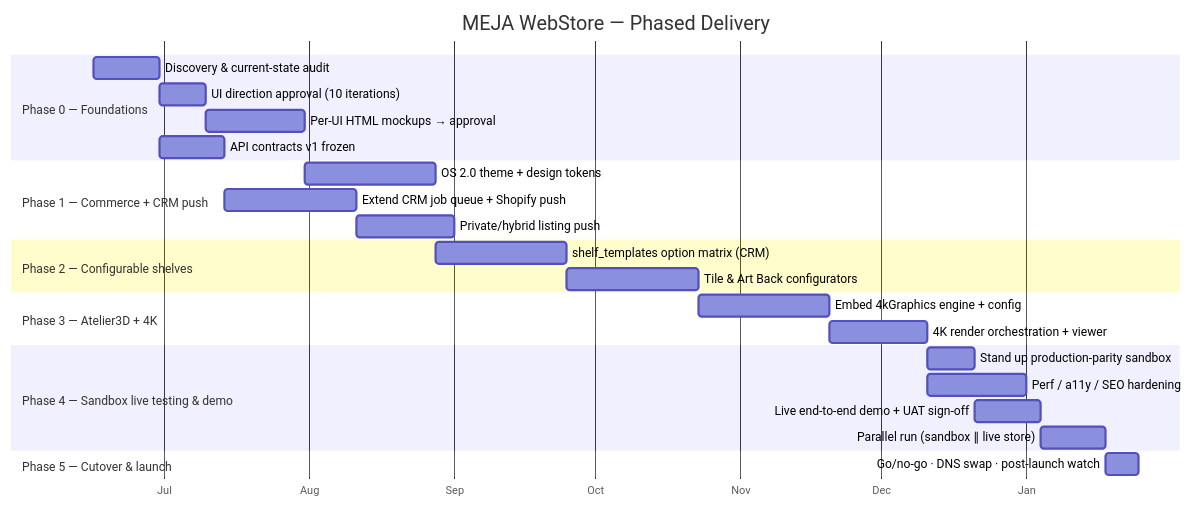
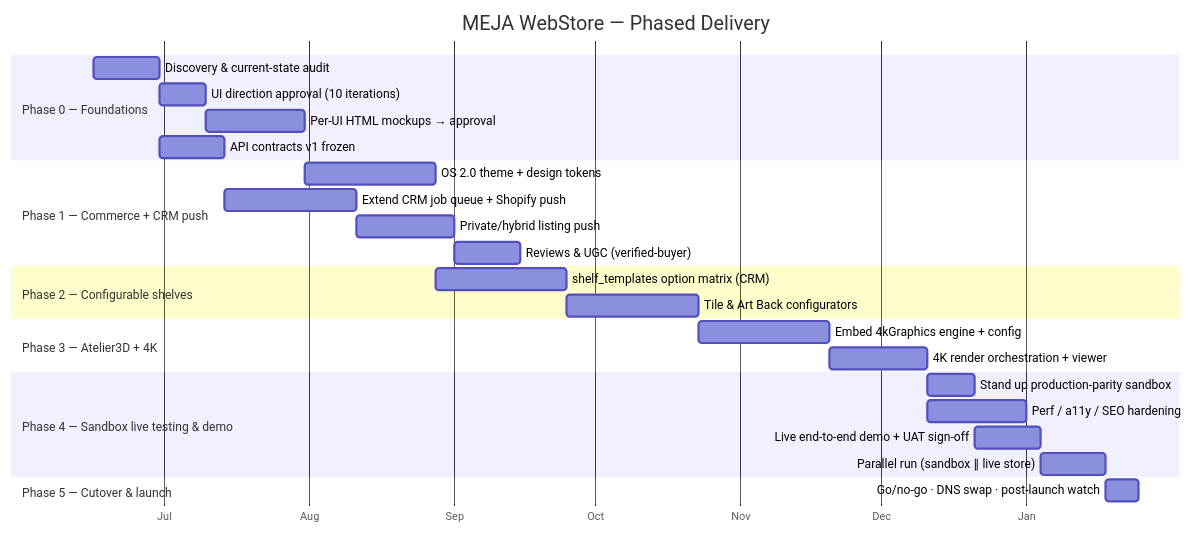
One commit to jfsgi/MEJA-ShopifyStore changed the seventh of 7 diagrams in docs/01-Master-Plan.md. Above: the diagram before and after it, drawn with Mermaid. The commit also changed other lines of this file and 7 other files, not shown here.

First line of the commit message:
Add customer reviews / UGC across the plan docs

````diff
--- a/docs/01-Master-Plan.md
+++ b/docs/01-Master-Plan.md
@@ -392,28 +409,29 @@
 ```mermaid
 gantt
     title MEJA WebStore — Phased Delivery
     dateFormat YYYY-MM-DD
     axisFormat %b
     section Phase 0 — Foundations
     Discovery & current-state audit      :p0a, 2026-06-16, 14d
     UI direction approval (10 iterations):p0b, after p0a, 10d
     Per-UI HTML mockups → approval        :p0d, after p0b, 21d
     API contracts v1 frozen              :p0c, after p0a, 14d
     section Phase 1 — Commerce + CRM push
     OS 2.0 theme + design tokens         :p1a, after p0d, 28d
     Extend CRM job queue + Shopify push  :p1b, after p0c, 28d
     Private/hybrid listing push          :p1c, after p1b, 21d
+    Reviews & UGC (verified-buyer)        :p1d, after p1c, 14d
     section Phase 2 — Configurable shelves
     shelf_templates option matrix (CRM)  :p2a, after p1a, 28d
     Tile & Art Back configurators        :p2b, after p2a, 28d
     section Phase 3 — Atelier3D + 4K
     Embed 4kGraphics engine + config      :p3a, after p2b, 28d
     4K render orchestration + viewer     :p3b, after p3a, 21d
     section Phase 4 — Sandbox live testing & demo
     Stand up production-parity sandbox   :p4a, after p3b, 10d
     Perf / a11y / SEO hardening          :p4b, after p3b, 21d
     Live end-to-end demo + UAT sign-off  :p4c, after p4a, 14d
     Parallel run (sandbox ∥ live store)  :p4d, after p4c, 14d
     section Phase 5 — Cutover & launch
     Go/no-go · DNS swap · post-launch watch :p5a, after p4d, 7d
 ```
````
